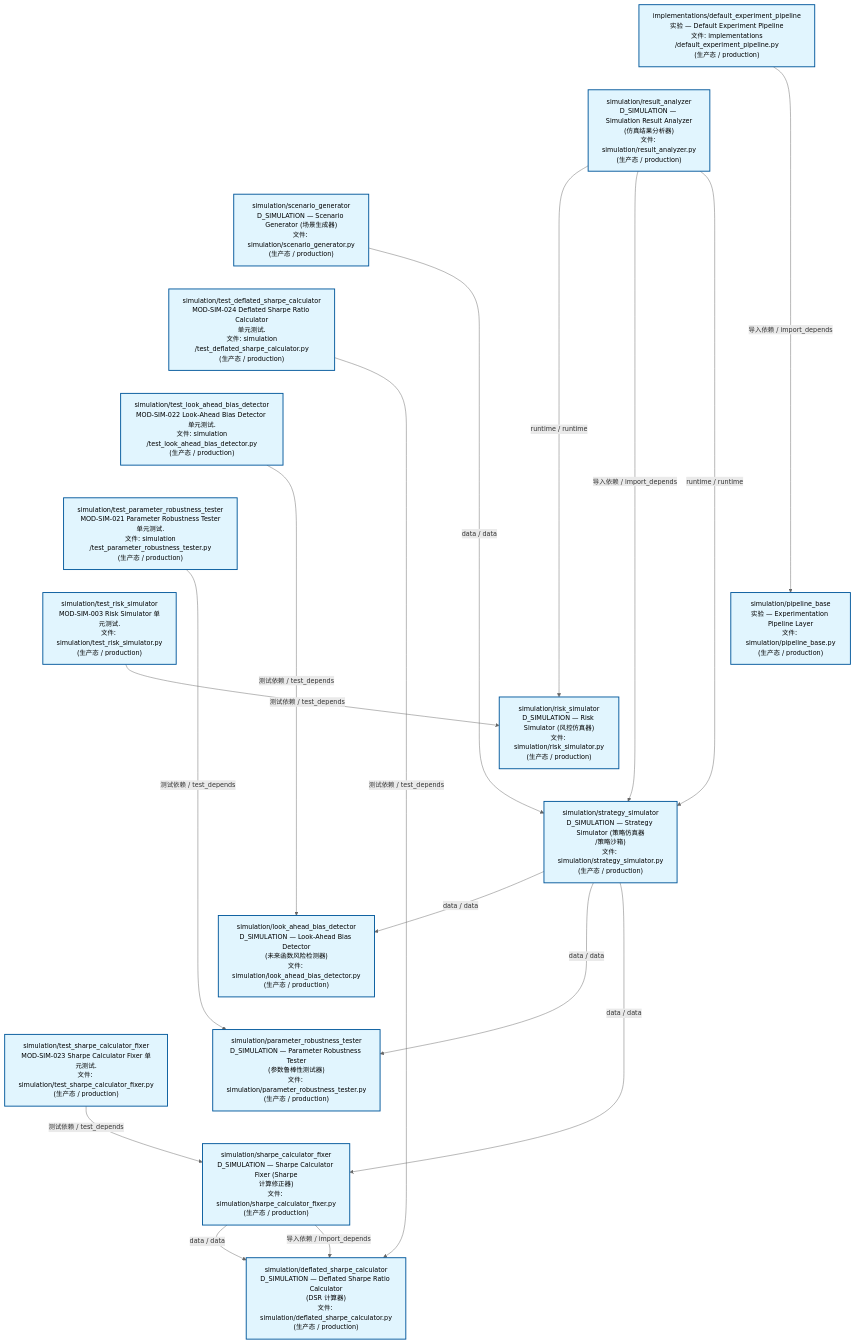
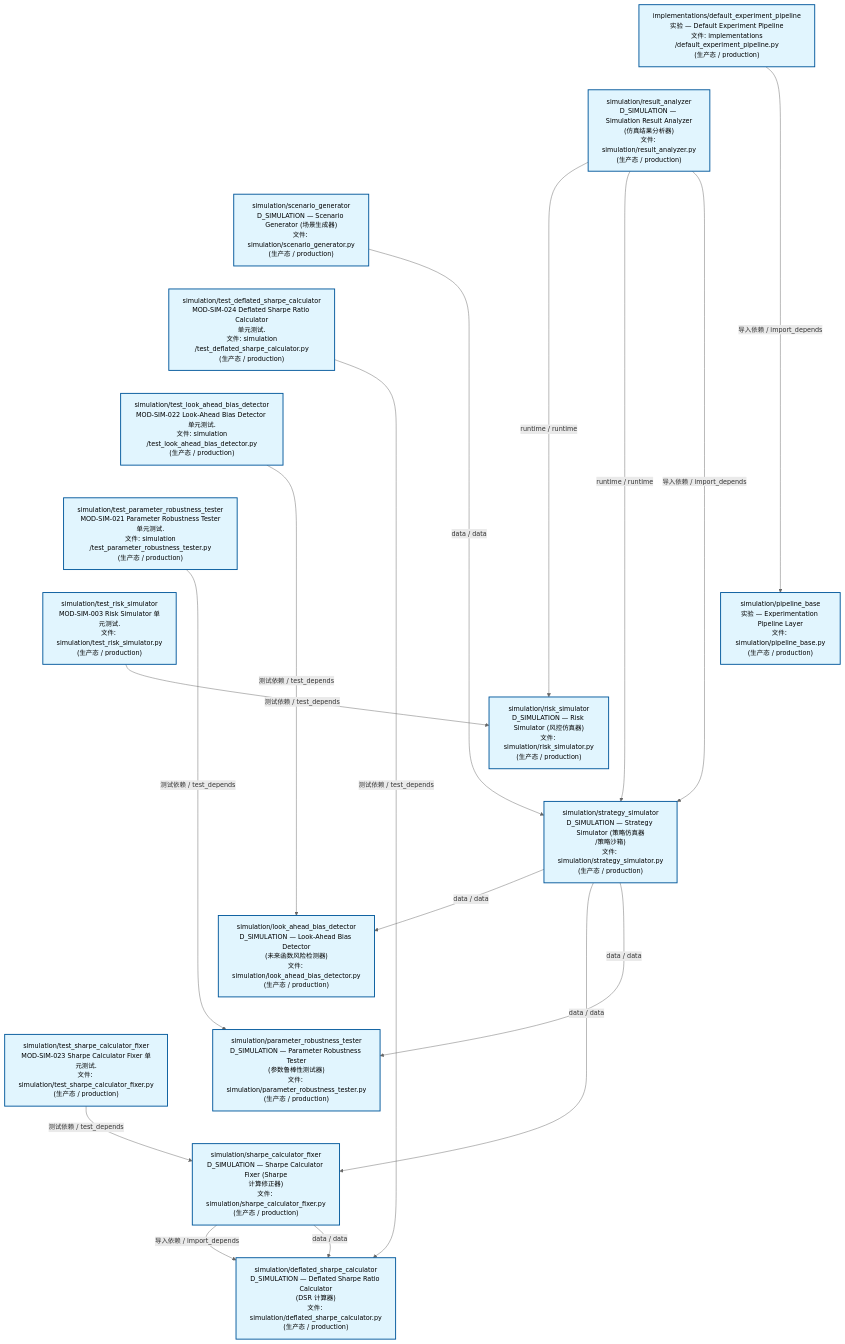
One commit to xuanFelixVan/ZephyrAlpha changed the second of 3 diagrams in docs/02_enterprise_architecture/02_domain_architecture_docs/70_d_simulation.md. Above: the diagram before and after it, drawn with Mermaid. The commit also changed other lines of this file and 45 other files, not shown here.

````diff
--- a/docs/02_enterprise_architecture/02_domain_architecture_docs/70_d_simulation.md
+++ b/docs/02_enterprise_architecture/02_domain_architecture_docs/70_d_simulation.md
@@ -123,50 +123,50 @@
 ```mermaid
 %%{init: {'theme': 'base', 'themeVariables': {'primaryColor': '#eaeaea', 'primaryTextColor': '#333333', 'primaryBorderColor': '#666666', 'lineColor': '#666666', 'secondaryColor': '#eaeaea', 'tertiaryColor': '#eaeaea', 'fontSize': '14px'}}}%%
 flowchart TD
     src_zephyr_simulation_implementations_default_experiment_pipeline_py["implementations/default_experiment_pipeline<br/>实验 — Default Experiment Pipeline<br/>文件: implementations<br/>/default_experiment_pipeline.py<br/>(生产态 / production)"]
     src_zephyr_simulation_result_analyzer_py["simulation/result_analyzer<br/>D_SIMULATION — Simulation Result Analyzer<br/>(仿真结果分析器)<br/>文件: simulation/result_analyzer.py<br/>(生产态 / production)"]
     src_zephyr_simulation_scenario_generator_py["simulation/scenario_generator<br/>D_SIMULATION — Scenario Generator (场景生成器)<br/>文件: simulation/scenario_generator.py<br/>(生产态 / production)"]
     tests_simulation_test_deflated_sharpe_calculator_py["simulation/test_deflated_sharpe_calculator<br/>MOD-SIM-024 Deflated Sharpe Ratio Calculator<br/>单元测试.<br/>文件: simulation<br/>/test_deflated_sharpe_calculator.py<br/>(生产态 / production)"]
     tests_simulation_test_look_ahead_bias_detector_py["simulation/test_look_ahead_bias_detector<br/>MOD-SIM-022 Look-Ahead Bias Detector 单元测试.<br/>文件: simulation<br/>/test_look_ahead_bias_detector.py<br/>(生产态 / production)"]
     tests_simulation_test_parameter_robustness_tester_py["simulation/test_parameter_robustness_tester<br/>MOD-SIM-021 Parameter Robustness Tester<br/>单元测试.<br/>文件: simulation<br/>/test_parameter_robustness_tester.py<br/>(生产态 / production)"]
     tests_simulation_test_risk_simulator_py["simulation/test_risk_simulator<br/>MOD-SIM-003 Risk Simulator 单元测试.<br/>文件: simulation/test_risk_simulator.py<br/>(生产态 / production)"]
     tests_simulation_test_sharpe_calculator_fixer_py["simulation/test_sharpe_calculator_fixer<br/>MOD-SIM-023 Sharpe Calculator Fixer 单元测试.<br/>文件: simulation/test_sharpe_calculator_fixer.py<br/>(生产态 / production)"]
     src_zephyr_simulation_implementations_default_experiment_pipeline_py ~~~ src_zephyr_simulation_result_analyzer_py
     src_zephyr_simulation_result_analyzer_py ~~~ src_zephyr_simulation_scenario_generator_py
     src_zephyr_simulation_scenario_generator_py ~~~ tests_simulation_test_deflated_sharpe_calculator_py
     tests_simulation_test_deflated_sharpe_calculator_py ~~~ tests_simulation_test_look_ahead_bias_detector_py
     tests_simulation_test_look_ahead_bias_detector_py ~~~ tests_simulation_test_parameter_robustness_tester_py
     tests_simulation_test_parameter_robustness_tester_py ~~~ tests_simulation_test_risk_simulator_py
     tests_simulation_test_risk_simulator_py ~~~ tests_simulation_test_sharpe_calculator_fixer_py
     src_zephyr_simulation_pipeline_base_py["simulation/pipeline_base<br/>实验 — Experimentation Pipeline Layer<br/>文件: simulation/pipeline_base.py<br/>(生产态 / production)"]
     src_zephyr_simulation_risk_simulator_py["simulation/risk_simulator<br/>D_SIMULATION — Risk Simulator (风控仿真器)<br/>文件: simulation/risk_simulator.py<br/>(生产态 / production)"]
     src_zephyr_simulation_strategy_simulator_py["simulation/strategy_simulator<br/>D_SIMULATION — Strategy Simulator (策略仿真器<br/>/策略沙箱)<br/>文件: simulation/strategy_simulator.py<br/>(生产态 / production)"]
     src_zephyr_simulation_pipeline_base_py ~~~ src_zephyr_simulation_risk_simulator_py
     src_zephyr_simulation_risk_simulator_py ~~~ src_zephyr_simulation_strategy_simulator_py
     src_zephyr_simulation_look_ahead_bias_detector_py["simulation/look_ahead_bias_detector<br/>D_SIMULATION — Look-Ahead Bias Detector<br/>(未来函数风险检测器)<br/>文件: simulation/look_ahead_bias_detector.py<br/>(生产态 / production)"]
     src_zephyr_simulation_parameter_robustness_tester_py["simulation/parameter_robustness_tester<br/>D_SIMULATION — Parameter Robustness Tester<br/>(参数鲁棒性测试器)<br/>文件: simulation/parameter_robustness_tester.py<br/>(生产态 / production)"]
     src_zephyr_simulation_sharpe_calculator_fixer_py["simulation/sharpe_calculator_fixer<br/>D_SIMULATION — Sharpe Calculator Fixer (Sharpe<br/>计算修正器)<br/>文件: simulation/sharpe_calculator_fixer.py<br/>(生产态 / production)"]
     src_zephyr_simulation_look_ahead_bias_detector_py ~~~ src_zephyr_simulation_parameter_robustness_tester_py
     src_zephyr_simulation_parameter_robustness_tester_py ~~~ src_zephyr_simulation_sharpe_calculator_fixer_py
     src_zephyr_simulation_deflated_sharpe_calculator_py["simulation/deflated_sharpe_calculator<br/>D_SIMULATION — Deflated Sharpe Ratio Calculator<br/>(DSR 计算器)<br/>文件: simulation/deflated_sharpe_calculator.py<br/>(生产态 / production)"]
+    src_zephyr_simulation_sharpe_calculator_fixer_py -->|导入依赖 / import_depends| src_zephyr_simulation_deflated_sharpe_calculator_py
     src_zephyr_simulation_sharpe_calculator_fixer_py -->|data / data| src_zephyr_simulation_deflated_sharpe_calculator_py
-    src_zephyr_simulation_sharpe_calculator_fixer_py -->|导入依赖 / import_depends| src_zephyr_simulation_deflated_sharpe_calculator_py
     src_zephyr_simulation_result_analyzer_py -->|runtime / runtime| src_zephyr_simulation_risk_simulator_py
+    src_zephyr_simulation_result_analyzer_py -->|runtime / runtime| src_zephyr_simulation_strategy_simulator_py
     src_zephyr_simulation_result_analyzer_py -->|导入依赖 / import_depends| src_zephyr_simulation_strategy_simulator_py
-    src_zephyr_simulation_result_analyzer_py -->|runtime / runtime| src_zephyr_simulation_strategy_simulator_py
+    src_zephyr_simulation_scenario_generator_py -->|data / data| src_zephyr_simulation_strategy_simulator_py
     src_zephyr_simulation_implementations_default_experiment_pipeline_py -->|导入依赖 / import_depends| src_zephyr_simulation_pipeline_base_py
-    src_zephyr_simulation_scenario_generator_py -->|data / data| src_zephyr_simulation_strategy_simulator_py
     src_zephyr_simulation_strategy_simulator_py -->|data / data| src_zephyr_simulation_look_ahead_bias_detector_py
+    src_zephyr_simulation_strategy_simulator_py -->|data / data| src_zephyr_simulation_sharpe_calculator_fixer_py
     src_zephyr_simulation_strategy_simulator_py -->|data / data| src_zephyr_simulation_parameter_robustness_tester_py
-    src_zephyr_simulation_strategy_simulator_py -->|data / data| src_zephyr_simulation_sharpe_calculator_fixer_py
+    tests_simulation_test_look_ahead_bias_detector_py -->|测试依赖 / test_depends| src_zephyr_simulation_look_ahead_bias_detector_py
+    tests_simulation_test_deflated_sharpe_calculator_py -->|测试依赖 / test_depends| src_zephyr_simulation_deflated_sharpe_calculator_py
     tests_simulation_test_risk_simulator_py -->|测试依赖 / test_depends| src_zephyr_simulation_risk_simulator_py
-    tests_simulation_test_deflated_sharpe_calculator_py -->|测试依赖 / test_depends| src_zephyr_simulation_deflated_sharpe_calculator_py
-    tests_simulation_test_look_ahead_bias_detector_py -->|测试依赖 / test_depends| src_zephyr_simulation_look_ahead_bias_detector_py
     tests_simulation_test_parameter_robustness_tester_py -->|测试依赖 / test_depends| src_zephyr_simulation_parameter_robustness_tester_py
     tests_simulation_test_sharpe_calculator_fixer_py -->|测试依赖 / test_depends| src_zephyr_simulation_sharpe_calculator_fixer_py
     classDef production fill:#e1f5fe,stroke:#01579b,stroke-width:2px,color:#000
     classDef design fill:#fff3e0,stroke:#e65100,stroke-width:2px,color:#000,stroke-dasharray: 5 5
     classDef external_prod fill:#e8f4fd,stroke:#0277bd,stroke-width:1px,color:#000
     classDef external_design fill:#fff8e7,stroke:#ef6c00,stroke-width:1px,color:#000,stroke-dasharray: 5 5
     class src_zephyr_simulation_deflated_sharpe_calculator_py,src_zephyr_simulation_implementations_default_experiment_pipeline_py,src_zephyr_simulation_look_ahead_bias_detector_py,src_zephyr_simulation_parameter_robustness_tester_py,src_zephyr_simulation_pipeline_base_py,src_zephyr_simulation_result_analyzer_py,src_zephyr_simulation_risk_simulator_py,src_zephyr_simulation_scenario_generator_py,src_zephyr_simulation_sharpe_calculator_fixer_py,src_zephyr_simulation_strategy_simulator_py,tests_simulation_test_deflated_sharpe_calculator_py,tests_simulation_test_look_ahead_bias_detector_py,tests_simulation_test_parameter_robustness_tester_py,tests_simulation_test_risk_simulator_py,tests_simulation_test_sharpe_calculator_fixer_py production
 ```
````
